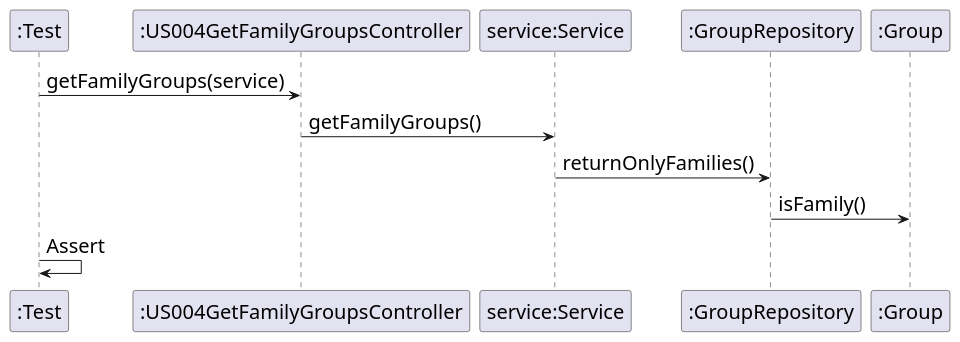
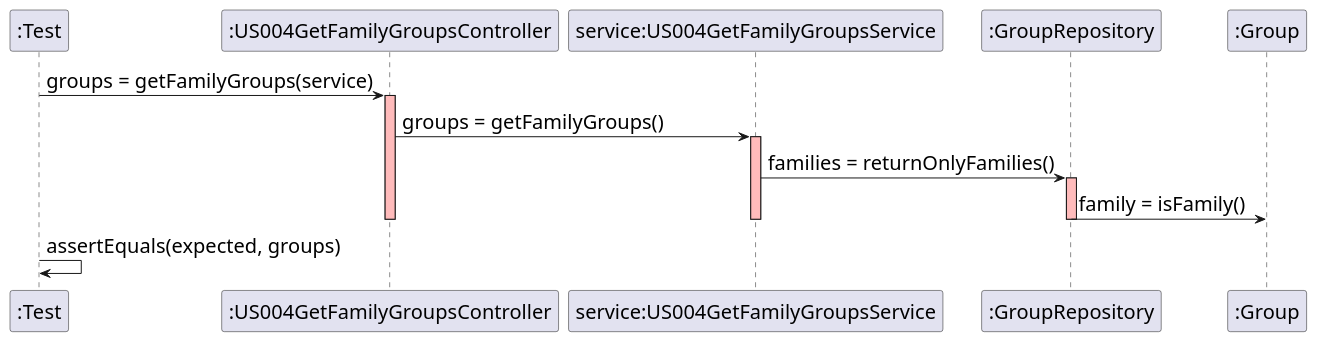
One commit to mleitaoribeiro/DevOpsMaven changed the diagram in src/main/java/switch2019/project/controllers/US004GetFamilyGroupsController.puml. Above: the diagram before and after it, drawn with PlantUML.

Commit message:
ref #643 completed SD for US004

```diff
--- a/src/main/java/switch2019/project/controllers/US004GetFamilyGroupsController.puml
+++ b/src/main/java/switch2019/project/controllers/US004GetFamilyGroupsController.puml
@@ -1,20 +1,27 @@
 @startuml
 skinparam DefaultFontSize 20
 participant ":Test"
 participant ":US004GetFamilyGroupsController"
 
-":Test" -> ":US004GetFamilyGroupsController" : getFamilyGroups(service)
+":Test" -> ":US004GetFamilyGroupsController" : groups = getFamilyGroups(service)
+activate ":US004GetFamilyGroupsController" #FFBBBB
 
-participant "service:Service"
-":US004GetFamilyGroupsController" -> "service:Service" : getFamilyGroups()
+participant "service:US004GetFamilyGroupsService"
+":US004GetFamilyGroupsController" -> "service:US004GetFamilyGroupsService" : groups = getFamilyGroups()
+activate "service:US004GetFamilyGroupsService" #FFBBBB
 
 participant ":GroupRepository"
-"service:Service" -> ":GroupRepository" : returnOnlyFamilies()
+"service:US004GetFamilyGroupsService" -> ":GroupRepository" : families = returnOnlyFamilies()
+activate ":GroupRepository" #FFBBBB
 
 participant ":Group"
-":GroupRepository" -> ":Group" : isFamily()
+":GroupRepository" -> ":Group" : family = isFamily()
+deactivate ":US004GetFamilyGroupsController"
+deactivate "service:US004GetFamilyGroupsService"
+deactivate ":GroupRepository"
 
-":Test" -> ":Test" : Assert
+
+":Test" -> ":Test" : assertEquals(expected, groups)
 
 
 @enduml
```
